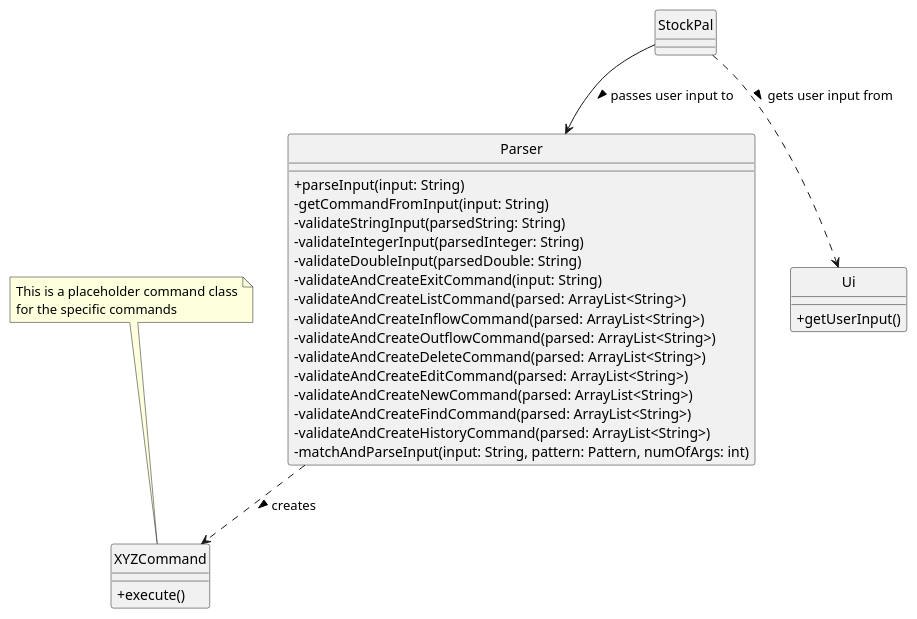
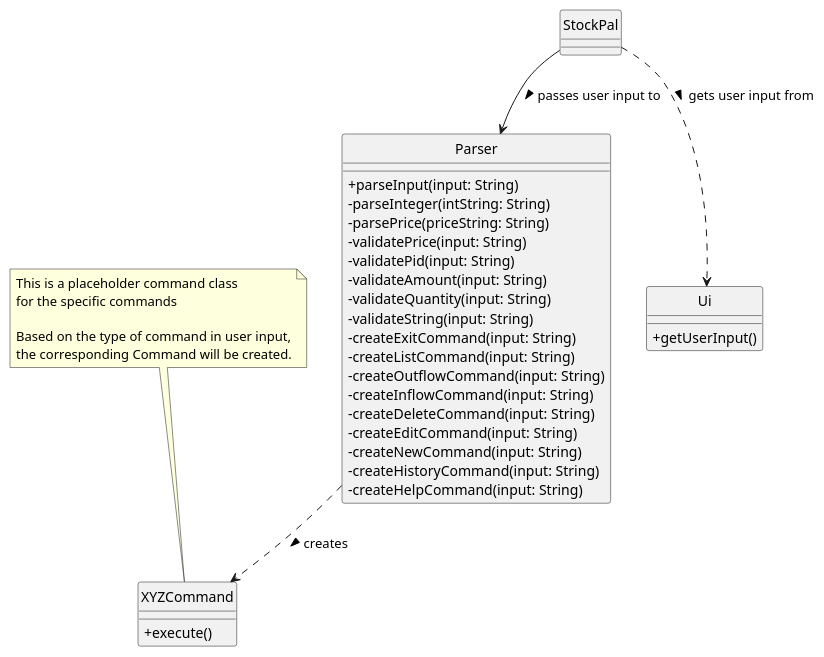
Before and after one commit to leongxingyu/tp: the diagram in docs/diagrams/ParserClassDiagram.puml, drawn with PlantUML. The commit also changed 2 other files, not shown here.

```diff
--- a/docs/diagrams/ParserClassDiagram.puml
+++ b/docs/diagrams/ParserClassDiagram.puml
@@ -1,40 +1,46 @@
 @startuml
 
 hide circles
 skinparam classAttributeIconSize 0
 
 class Parser {
     + parseInput(input: String)
-    - getCommandFromInput(input: String)
-    - validateStringInput(parsedString: String)
-    - validateIntegerInput(parsedInteger: String)
-    - validateDoubleInput(parsedDouble: String)
-    - validateAndCreateExitCommand(input: String)
-    - validateAndCreateListCommand(parsed: ArrayList<String>)
-    - validateAndCreateInflowCommand(parsed: ArrayList<String>)
-    - validateAndCreateOutflowCommand(parsed: ArrayList<String>)
-    - validateAndCreateDeleteCommand(parsed: ArrayList<String>)
-    - validateAndCreateEditCommand(parsed: ArrayList<String>)
-    - validateAndCreateNewCommand(parsed: ArrayList<String>)
-    - validateAndCreateFindCommand(parsed: ArrayList<String>)
-    - validateAndCreateHistoryCommand(parsed: ArrayList<String>)
-    - matchAndParseInput(input: String, pattern: Pattern, numOfArgs: int)
+    - parseInteger(intString: String)
+    - parsePrice(priceString: String)
+    - validatePrice(input: String)
+    - validatePid(input: String)
+    - validateAmount(input: String)
+    - validateQuantity(input: String)
+    - validateString(input: String)
+    - createExitCommand(input: String)
+    - createListCommand(input: String)
+    - createOutflowCommand(input: String)
+    - createInflowCommand(input: String)
+    - createDeleteCommand(input: String)
+    - createEditCommand(input: String)
+    - createNewCommand(input: String)
+    - createHistoryCommand(input: String)
+    - createHelpCommand(input: String)
+
 }
 
 class StockPal
 class XYZCommand
 class Ui
 
 XYZCommand : + execute()
 Ui : + getUserInput()
 
 StockPal --> Parser: passes user input to >
 StockPal ..> Ui: gets user input from >
 Parser ..> XYZCommand: creates >
 
 note top of XYZCommand
 This is a placeholder command class
 for the specific commands
+
+Based on the type of command in user input,
+the corresponding Command will be created.
 end note
 
 @enduml
```
